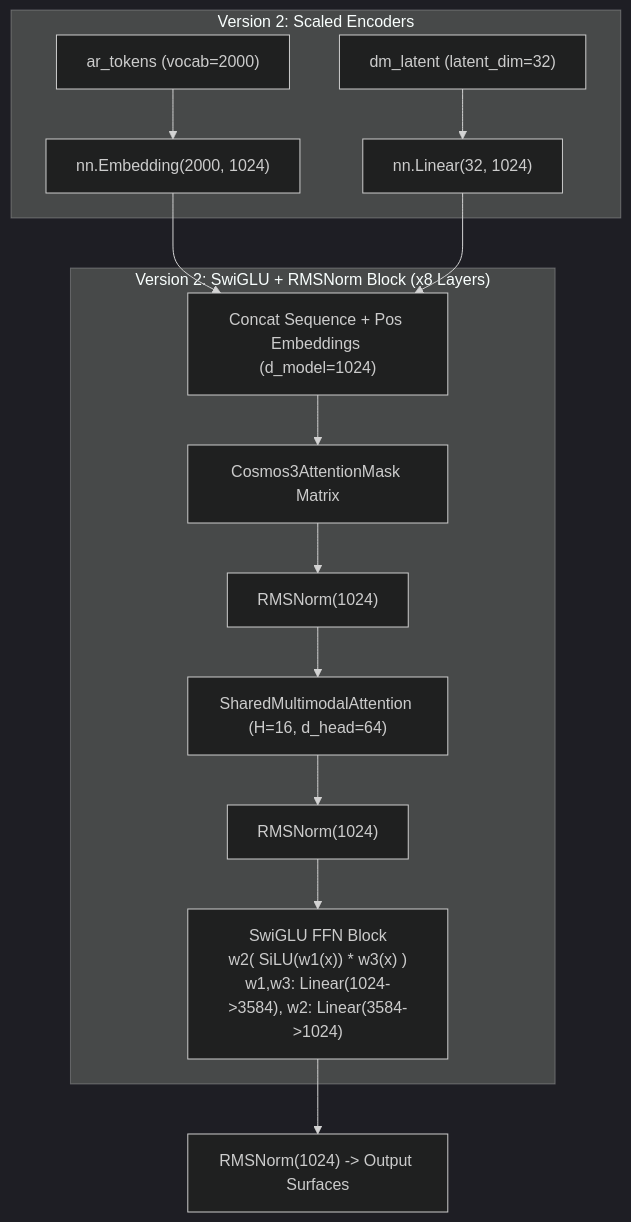
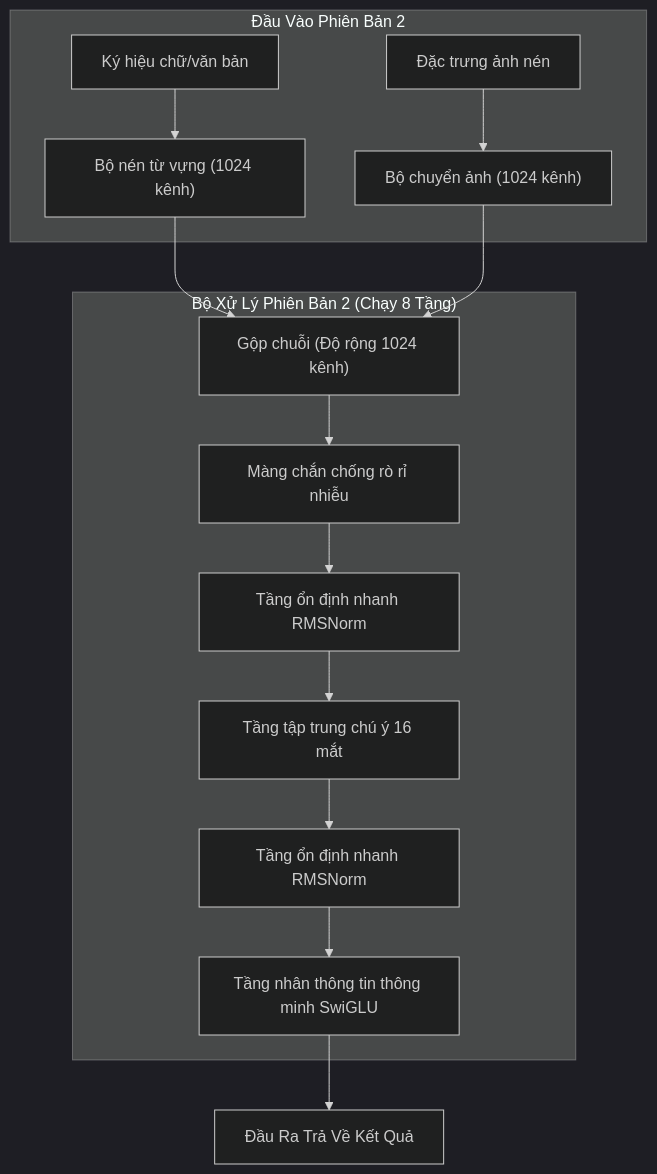
The third of 8 diagrams in VERSION_COMPARISON.md (datascience180806/mini_cosmos), drawn with Mermaid (dark theme) before and after one commit. The commit also changed other lines of this file, not shown here.

Commit message:
Simplify language in VERSION_COMPARISON.md by replacing math formulas and technical terms with clear, intuitive Vietnamese concepts

````diff
--- a/VERSION_COMPARISON.md
+++ b/VERSION_COMPARISON.md
@@ -91,20 +92,20 @@
 ```mermaid
 flowchart TD
-    subgraph V2_INPUTS["Version 2: Scaled Encoders"]
-        V2_AR["ar_tokens (vocab=2000)"] --> V2_EMB["nn.Embedding(2000, 1024)"]
-        V2_DM["dm_latent (latent_dim=32)"] --> V2_PROJ["nn.Linear(32, 1024)"]
+    subgraph V2_INPUTS["Đầu Vào Phiên Bản 2"]
+        V2_AR["Ký hiệu chữ/văn bản"] --> V2_EMB["Bộ nén từ vựng (1024 kênh)"]
+        V2_DM["Đặc trưng ảnh nén"] --> V2_PROJ["Bộ chuyển ảnh (1024 kênh)"]
     end
 
-    V2_EMB --> V2_CAT["Concat Sequence + Pos Embeddings (d_model=1024)"]
+    V2_EMB --> V2_CAT["Gộp chuỗi (Độ rộng 1024 kênh)"]
     V2_PROJ --> V2_CAT
 
-    subgraph V2_BLOCKS["Version 2: SwiGLU + RMSNorm Block (x8 Layers)"]
-        V2_CAT --> V2_MASK["Cosmos3AttentionMask Matrix"]
-        V2_MASK --> V2_RMS1["RMSNorm(1024)"]
-        V2_RMS1 --> V2_MHA["SharedMultimodalAttention (H=16, d_head=64)"]
-        V2_MHA --> V2_RMS2["RMSNorm(1024)"]
-        V2_RMS2 --> V2_SWIGLU["SwiGLU FFN Block\nw2( SiLU(w1(x)) * w3(x) )\nw1,w3: Linear(1024->3584), w2: Linear(3584->1024)"]
+    subgraph V2_BLOCKS["Bộ Xử Lý Phiên Bản 2 (Chạy 8 Tầng)"]
+        V2_CAT --> V2_MASK["Màng chắn chống rò rỉ nhiễu"]
+        V2_MASK --> V2_RMS1["Tầng ổn định nhanh RMSNorm"]
+        V2_RMS1 --> V2_MHA["Tầng tập trung chú ý 16 mắt"]
+        V2_MHA --> V2_RMS2["Tầng ổn định nhanh RMSNorm"]
+        V2_RMS2 --> V2_SWIGLU["Tầng nhân thông tin thông minh SwiGLU"]
     end
 
-    V2_SWIGLU --> V2_OUT["RMSNorm(1024) -> Output Surfaces"]
+    V2_SWIGLU --> V2_OUT["Đầu Ra Trả Về Kết Quả"]
 ```
````
